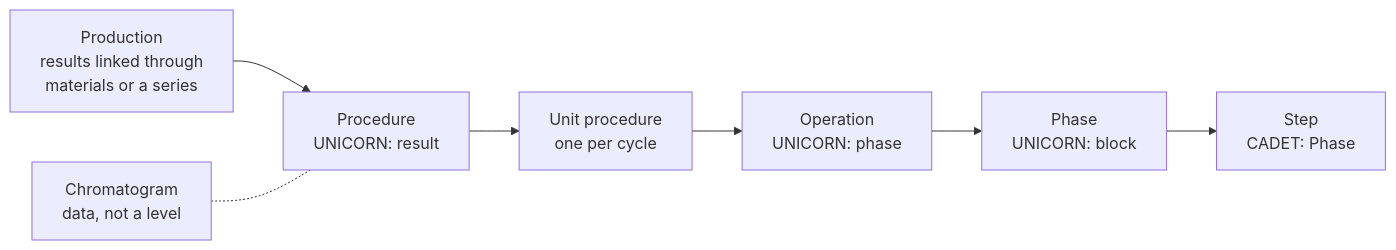
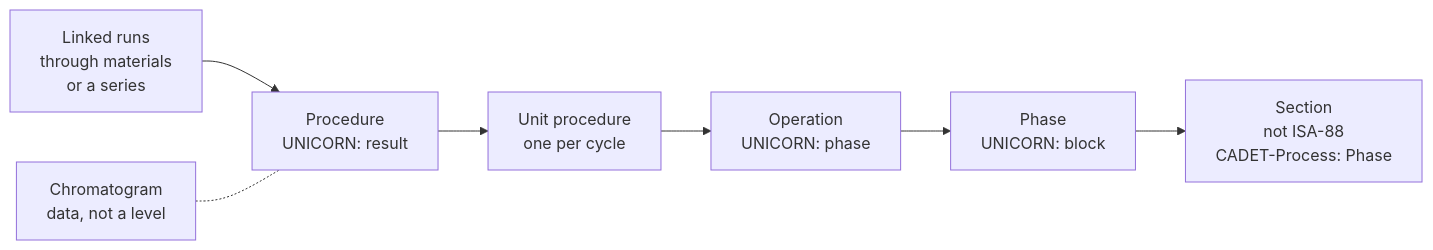
The second of 8 diagrams in docs/RUN_STRUCTURE_RECORD.md (traylosj/PyCORN), drawn with Mermaid before and after one commit. The commit also changed other lines of this file and 4 other files, not shown here.

First line of the commit message:
Run record proposal: checked against ISA-88 Part 1, sections below the phase

````diff
--- a/docs/RUN_STRUCTURE_RECORD.md
+++ b/docs/RUN_STRUCTURE_RECORD.md
@@ -112,10 +131,10 @@
 ```mermaid
 flowchart LR
-    prod["Production<br/>results linked through<br/>materials or a series"] --> proc
+    prod["Linked runs<br/>through materials<br/>or a series"] --> proc
     proc["Procedure<br/>UNICORN: result"] --> up
     up["Unit procedure<br/>one per cycle"] --> op
     op["Operation<br/>UNICORN: phase"] --> ph
     ph["Phase<br/>UNICORN: block"] --> st
-    st["Step<br/>CADET: Phase"]
+    st["Section<br/>not ISA-88<br/>CADET-Process: Phase"]
     chrom["Chromatogram<br/>data, not a level"] -.- proc
 ```
````
